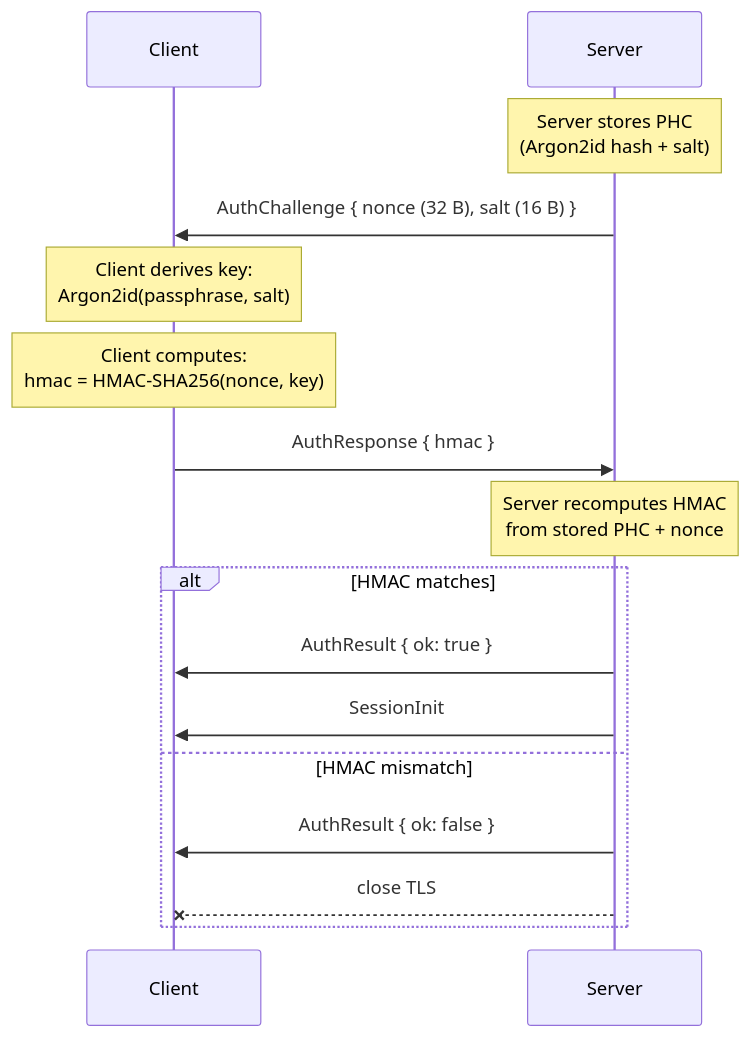
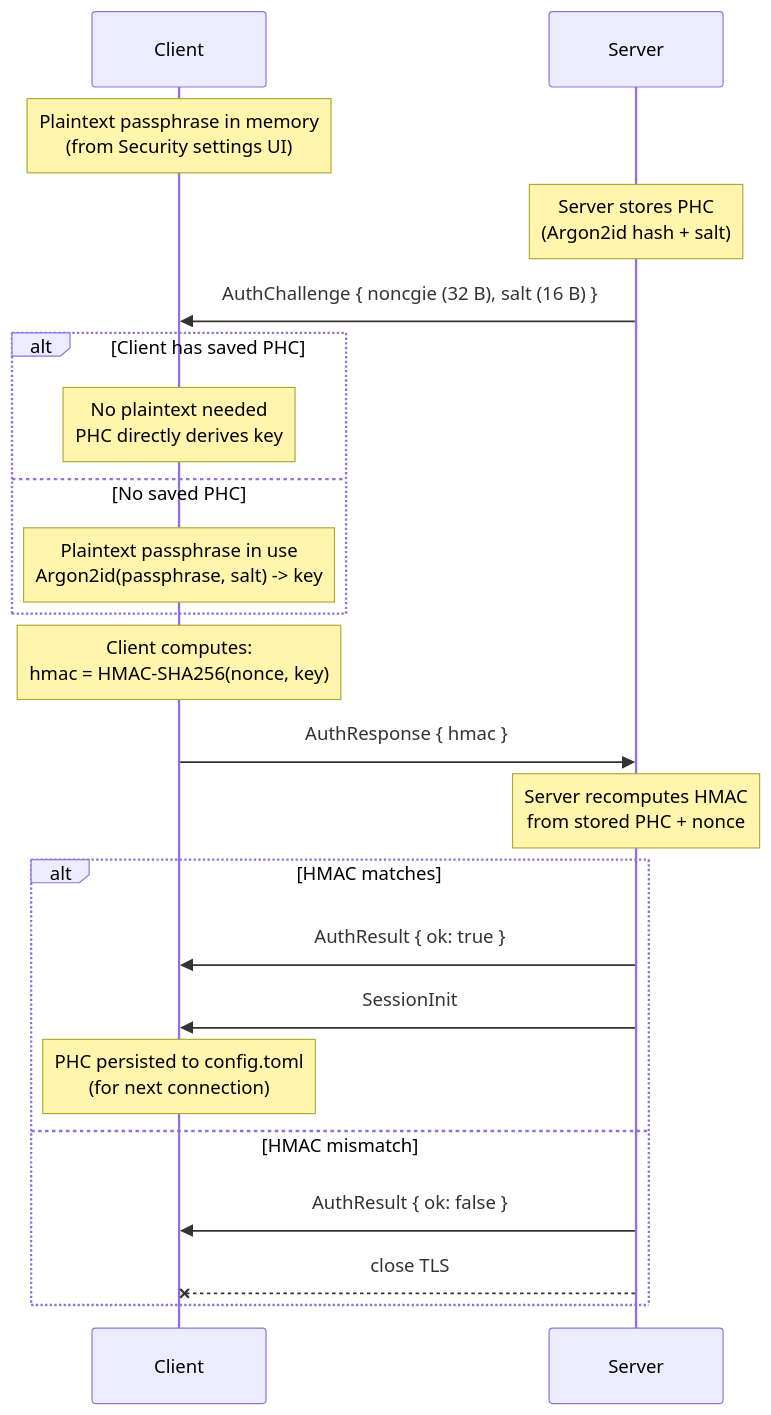
One commit to xfoa/Spud changed diagram 12 of 19 in docs/protocol.md. Above: the diagram before and after it, drawn with Mermaid.

Commit message:
Update auth diagram

````diff
--- a/docs/protocol.md
+++ b/docs/protocol.md
@@ -172,24 +172,32 @@
 ```mermaid
 sequenceDiagram
     participant C as Client
     participant S as Server
 
+    Note over C: Plaintext passphrase in memory<br/>(from Security settings UI)
+
     Note over S: Server stores PHC<br/>(Argon2id hash + salt)
 
-    S->>C: AuthChallenge { nonce (32 B), salt (16 B) }
+    S->>C: AuthChallenge { noncgie (32 B), salt (16 B) }
 
-    Note over C: Client derives key:<br/>Argon2id(passphrase, salt)
+    alt Client has saved PHC
+        Note over C: No plaintext needed<br/>PHC directly derives key
+    else No saved PHC
+        Note over C: Plaintext passphrase in use<br/>Argon2id(passphrase, salt) -> key
+    end
+
     Note over C: Client computes:<br/>hmac = HMAC-SHA256(nonce, key)
 
     C->>S: AuthResponse { hmac }
 
     Note over S: Server recomputes HMAC<br/>from stored PHC + nonce
 
     alt HMAC matches
         S->>C: AuthResult { ok: true }
         S->>C: SessionInit
+        Note over C: PHC persisted to config.toml<br/>(for next connection)
     else HMAC mismatch
         S->>C: AuthResult { ok: false }
         S--xC: close TLS
     end
 ```
````
